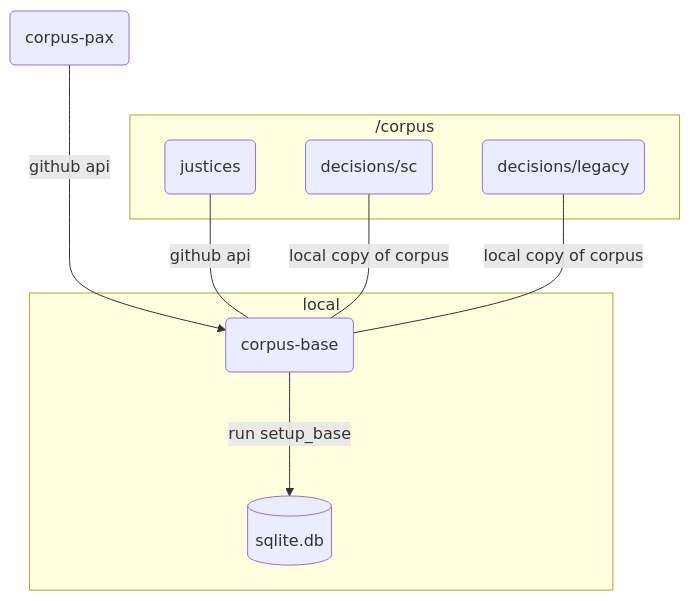
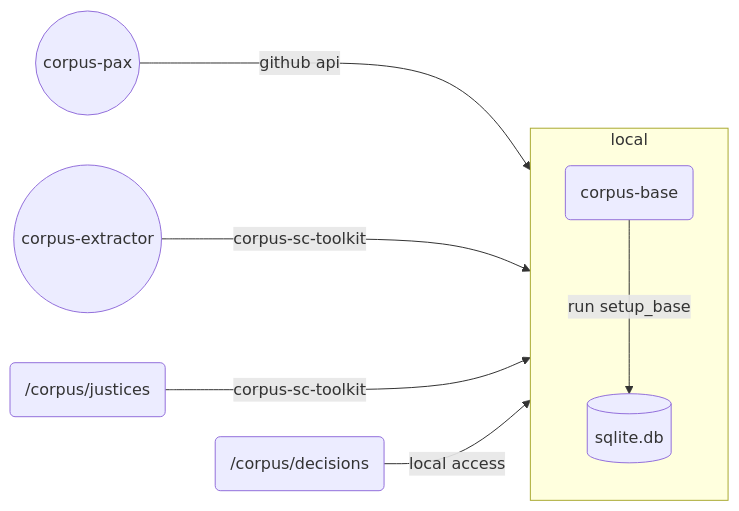
The diagram in docs/index.md (justmars/corpus-base), drawn with Mermaid before and after one commit. The commit also changed other lines of this file and 7 other files, not shown here.

````diff
--- a/docs/index.md
+++ b/docs/index.md
@@ -3,15 +3,11 @@
 ```mermaid
-flowchart TD
-pax(corpus-pax)--github api--->sc
-subgraph /corpus
-  1(justices)
-  2(decisions/sc)
-  3(decisions/legacy)
-end
+flowchart LR
+pax((corpus-pax))--github api--->sc
+ext((corpus-extractor))--corpus-sc-toolkit--->sc
+jus("/corpus/justices")--corpus-sc-toolkit--->sc
+decisions("/corpus/decisions")--local access-->sc
 subgraph local
-  1--github api---sc
-  2--local copy of corpus---sc
-  3--local copy of corpus---sc
+  direction TB
   sc(corpus-base)--run setup_base--->db[(sqlite.db)]
 end
 ```
````
